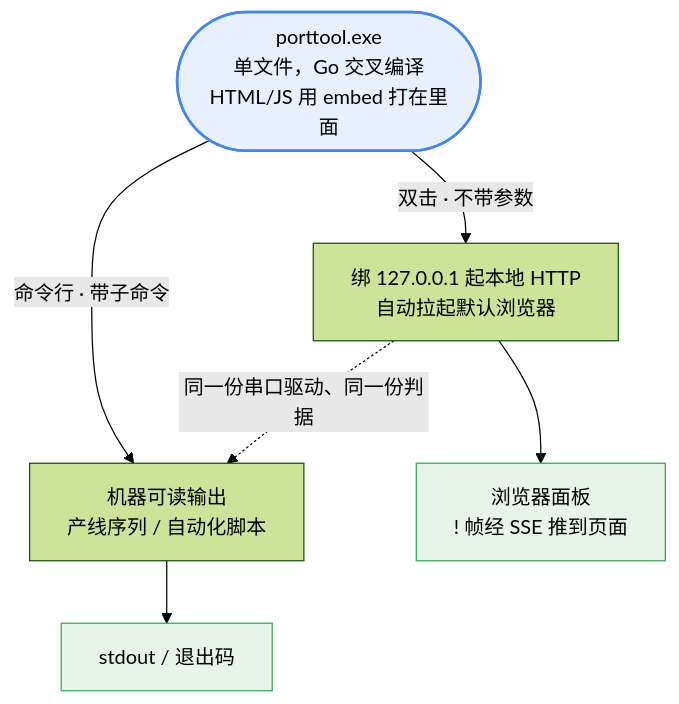
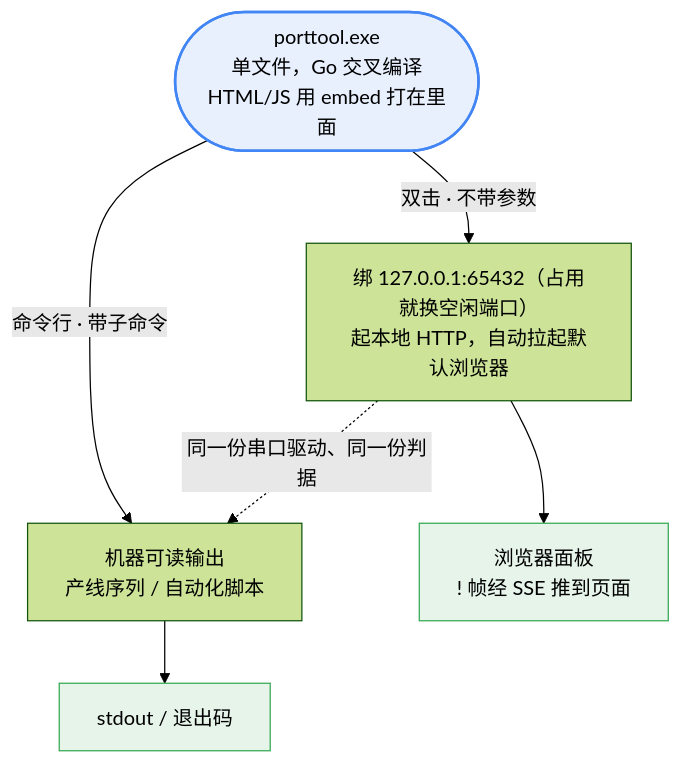
One commit to haliboteda/OpenPLC_Docs changed the eighth of 8 diagrams in docs/modules/M4/PORTTOOL-FLOW.md. Above: the diagram before and after it, drawn with Mermaid (forest theme). The commit also changed other lines of this file and 82 other files, not shown here.

````diff
--- a/docs/modules/M4/PORTTOOL-FLOW.md
+++ b/docs/modules/M4/PORTTOOL-FLOW.md
@@ -703,16 +1434,16 @@
 ```mermaid
 flowchart TD
     EXE(["porttool.exe<br/>单文件，Go 交叉编译<br/>HTML/JS 用 embed 打在里面"])
 
-    EXE -->|"双击 · 不带参数"| SRV["绑 127.0.0.1 起本地 HTTP<br/>自动拉起默认浏览器"]
+    EXE -->|"双击 · 不带参数"| SRV["绑 127.0.0.1:65432（占用就换空闲端口）<br/>起本地 HTTP，自动拉起默认浏览器"]
     EXE -->|"命令行 · 带子命令"| CLI["机器可读输出<br/>产线序列 / 自动化脚本"]
 
     SRV --> PANEL["浏览器面板<br/>! 帧经 SSE 推到页面"]
     CLI --> OUT["stdout / 退出码"]
 
     SRV -.->|"同一份串口驱动、同一份判据"| CLI
 
     style EXE fill:#e8f0fe,stroke:#4285f4,stroke-width:2px
     style PANEL fill:#e6f4ea,stroke:#34a853
     style OUT fill:#e6f4ea,stroke:#34a853
 ```
````
